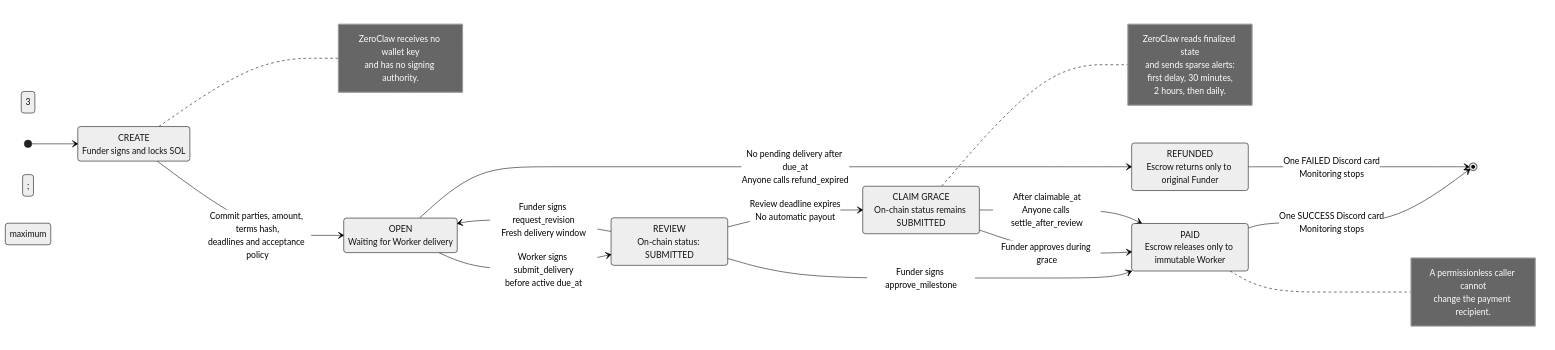
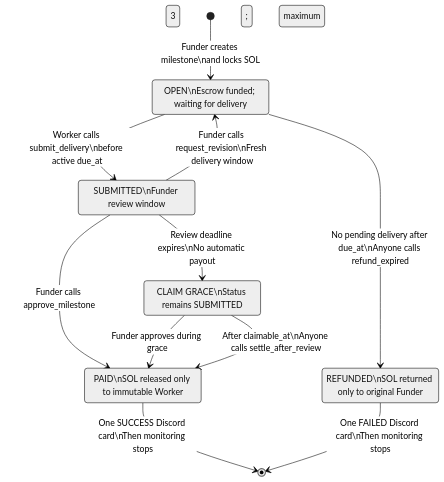
Before and after one commit to zxc982/prazopay-zeroclaw: the diagram in README.md, drawn with Mermaid (neutral theme).

````diff
--- a/README.md
+++ b/README.md
@@ -25,45 +25,25 @@
 ```mermaid
 stateDiagram-v2
-    direction LR
+    direction TB
 
-    state "CREATE<br/>Funder signs and locks SOL" as Create
-    state "OPEN<br/>Waiting for Worker delivery" as Open
-    state "REVIEW<br/>On-chain status: SUBMITTED" as Review
-    state "CLAIM GRACE<br/>On-chain status remains SUBMITTED" as Grace
-    state "PAID<br/>Escrow releases only to immutable Worker" as Paid
-    state "REFUNDED<br/>Escrow returns only to original Funder" as Refunded
+    state "OPEN\nEscrow funded; waiting for delivery" as Open
+    state "SUBMITTED\nFunder review window" as Review
+    state "CLAIM GRACE\nStatus remains SUBMITTED" as Grace
+    state "PAID\nSOL released only to immutable Worker" as Paid
+    state "REFUNDED\nSOL returned only to original Funder" as Refunded
 
-    [*] --> Create
+    [*] --> Open: Funder creates milestone\nand locks SOL
 
-    Create --> Open: Commit parties, amount, terms hash,<br/>deadlines and acceptance policy
+    Open --> Review: Worker calls submit_delivery\nbefore active due_at
+    Open --> Refunded: No pending delivery after due_at\nAnyone calls refund_expired
 
-    Open --> Review: Worker signs submit_delivery<br/>before active due_at
-    Open --> Refunded: No pending delivery after due_at<br/>Anyone calls refund_expired
-
-    Review --> Paid: Funder signs approve_milestone
-    Review --> Open: Funder signs request_revision<br/>Fresh delivery window; maximum 3
-    Review --> Grace: Review deadline expires<br/>No automatic payout
+    Review --> Paid: Funder calls approve_milestone
+    Review --> Open: Funder calls request_revision\nFresh delivery window; maximum 3
+    Review --> Grace: Review deadline expires\nNo automatic payout
 
     Grace --> Paid: Funder approves during grace
-    Grace --> Paid: After claimable_at<br/>Anyone calls settle_after_review
+    Grace --> Paid: After claimable_at\nAnyone calls settle_after_review
 
-    Paid --> [*]: One SUCCESS Discord card<br/>Monitoring stops
-    Refunded --> [*]: One FAILED Discord card<br/>Monitoring stops
-
-    note right of Create
-        ZeroClaw receives no wallet key
-        and has no signing authority.
-    end note
-
-    note right of Grace
-        ZeroClaw reads finalized state
-        and sends sparse alerts:
-        first delay, 30 minutes,
-        2 hours, then daily.
-    end note
-
-    note right of Paid
-        A permissionless caller cannot
-        change the payment recipient.
-    end note
+    Paid --> [*]: One SUCCESS Discord card\nThen monitoring stops
+    Refunded --> [*]: One FAILED Discord card\nThen monitoring stops
 ```
````
